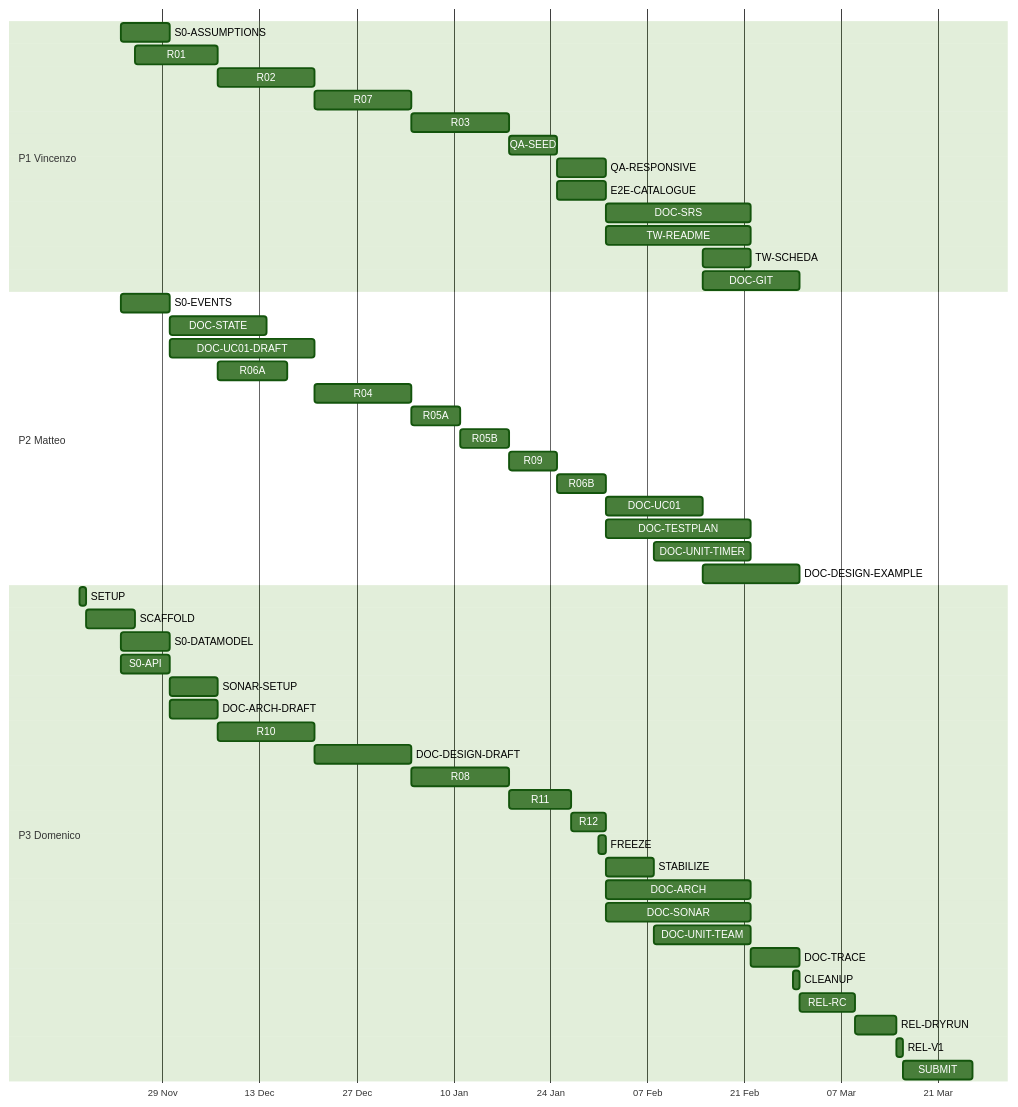
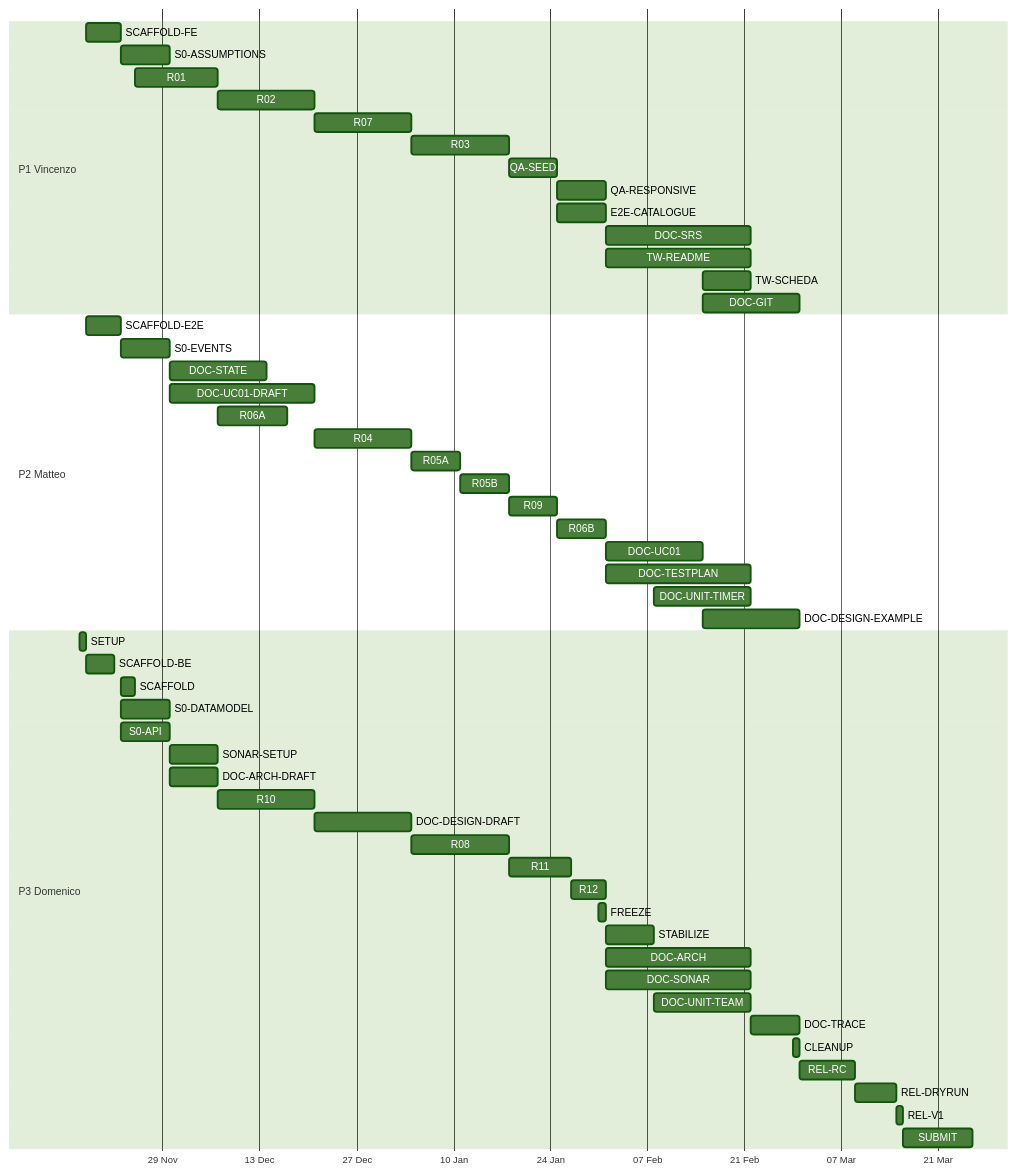
Before and after one commit to Mynamesdsuper/sidequest-group40: the third of 3 diagrams in docs/plan/PLAN.md, drawn with Mermaid (forest theme). The commit also changed other lines of this file and 14 other files, not shown here.

````diff
--- a/docs/plan/PLAN.md
+++ b/docs/plan/PLAN.md
@@ -340,56 +347,59 @@
 ```mermaid
 gantt
   dateFormat YYYY-MM-DD
   axisFormat %d %b
   tickInterval 2week
   section P1 Vincenzo
+  SCAFFOLD-FE :scaffold_fe, 2026-11-18, 5d
   S0-ASSUMPTIONS :s0_assumptions, 2026-11-23, 7d
   R01 :r01, 2026-11-25, 12d
   R02 :r02, 2026-12-07, 14d
   R07 :r07, 2026-12-21, 14d
   R03 :r03, 2027-01-04, 14d
   QA-SEED :qa_seed, 2027-01-18, 7d
   QA-RESPONSIVE :qa_responsive, 2027-01-25, 7d
   E2E-CATALOGUE :e2e_catalogue, 2027-01-25, 7d
   DOC-SRS :doc_srs, 2027-02-01, 21d
   TW-README :tw_readme, 2027-02-01, 21d
   TW-SCHEDA :tw_scheda, 2027-02-15, 7d
   DOC-GIT :doc_git, 2027-02-15, 14d
   section P2 Matteo
+  SCAFFOLD-E2E :scaffold_e2e, 2026-11-18, 5d
   S0-EVENTS :s0_events, 2026-11-23, 7d
   DOC-STATE :doc_state, 2026-11-30, 14d
   DOC-UC01-DRAFT :doc_uc01_draft, 2026-11-30, 21d
   R06A :r06a, 2026-12-07, 10d
   R04 :r04, 2026-12-21, 14d
   R05A :r05a, 2027-01-04, 7d
   R05B :r05b, 2027-01-11, 7d
   R09 :r09, 2027-01-18, 7d
   R06B :r06b, 2027-01-25, 7d
   DOC-UC01 :doc_uc01, 2027-02-01, 14d
   DOC-TESTPLAN :doc_testplan, 2027-02-01, 21d
   DOC-UNIT-TIMER :doc_unit_timer, 2027-02-08, 14d
   DOC-DESIGN-EXAMPLE :doc_design_example, 2027-02-15, 14d
   section P3 Domenico
   SETUP :setup, 2026-11-17, 1d
-  SCAFFOLD :scaffold, 2026-11-18, 7d
+  SCAFFOLD-BE :scaffold_be, 2026-11-18, 4d
+  SCAFFOLD :scaffold, 2026-11-23, 2d
   S0-DATAMODEL :s0_datamodel, 2026-11-23, 7d
   S0-API :s0_api, 2026-11-23, 7d
   SONAR-SETUP :sonar_setup, 2026-11-30, 7d
   DOC-ARCH-DRAFT :doc_arch_draft, 2026-11-30, 7d
   R10 :r10, 2026-12-07, 14d
   DOC-DESIGN-DRAFT :doc_design_draft, 2026-12-21, 14d
   R08 :r08, 2027-01-04, 14d
   R11 :r11, 2027-01-18, 9d
   R12 :r12, 2027-01-27, 5d
   FREEZE :freeze, 2027-01-31, 1d
   STABILIZE :stabilize, 2027-02-01, 7d
   DOC-ARCH :doc_arch, 2027-02-01, 21d
   DOC-SONAR :doc_sonar, 2027-02-01, 21d
   DOC-UNIT-TEAM :doc_unit_team, 2027-02-08, 14d
   DOC-TRACE :doc_trace, 2027-02-22, 7d
   CLEANUP :cleanup, 2027-02-28, 1d
   REL-RC :rel_rc, 2027-03-01, 8d
   REL-DRYRUN :rel_dryrun, 2027-03-09, 6d
   REL-V1 :rel_v1, 2027-03-15, 1d
   SUBMIT :submit, 2027-03-16, 10d
 ```
````
